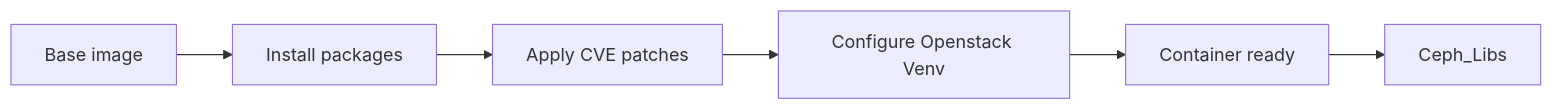
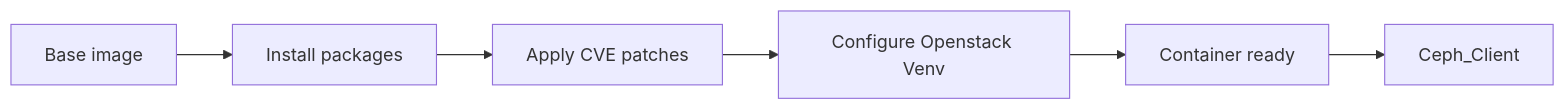
Before and after one commit to rackerlabs/genestack-images: the diagram in docs/containers/openstack-venv.md, drawn with Mermaid. The commit also changed other lines of this file and 113 other files, not shown here.

````diff
--- a/docs/containers/openstack-venv.md
+++ b/docs/containers/openstack-venv.md
@@ -7,8 +7,8 @@
 ``` mermaid
 graph LR
     A[Base image] --> B[Install packages]
     B --> C[Apply CVE patches]
     C --> D[Configure Openstack Venv]
     D --> E[Container ready]
-    E --> Ceph_Libs
+    E --> Ceph_Client
 ```
````
